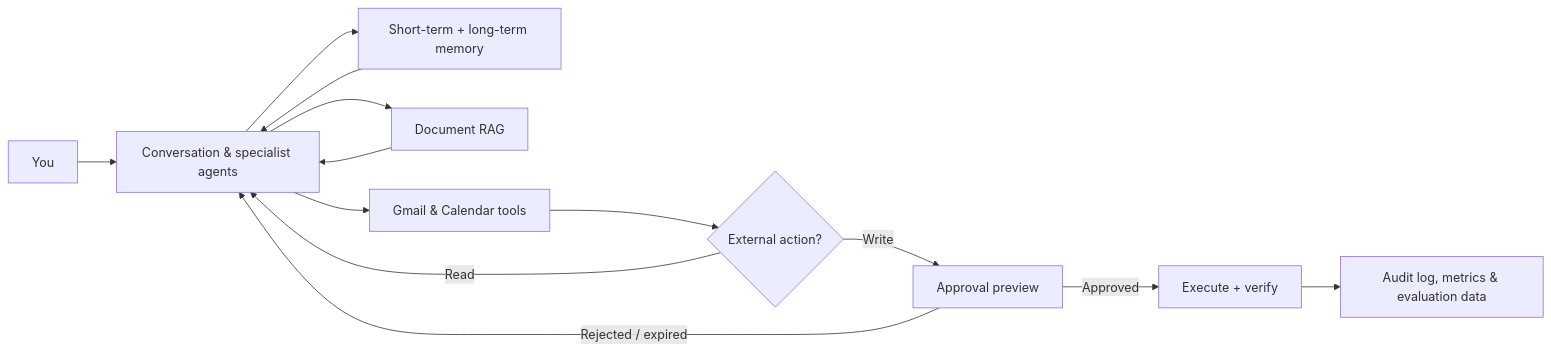
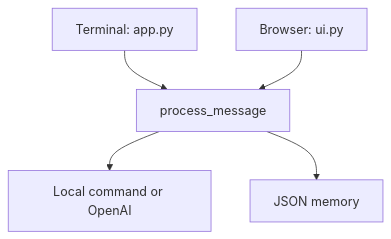
One commit to brainox/trexovia-assistant changed the diagram in README.md. Above: the diagram before and after it, drawn with Mermaid. The commit also changed other lines of this file, not shown here.

````diff
--- a/README.md
+++ b/README.md
@@ -42,15 +39,7 @@
 ```mermaid
-flowchart LR
-    U[You] --> C[Conversation & specialist agents]
-    C --> M[Short-term + long-term memory]
-    C --> R[Document RAG]
-    C --> T[Gmail & Calendar tools]
-    M --> C
-    R --> C
-    T --> P{External action?}
-    P -->|Read| C
-    P -->|Write| A[Approval preview]
-    A -->|Approved| X[Execute + verify]
-    A -->|Rejected / expired| C
-    X --> L[Audit log, metrics & evaluation data]
+flowchart TD
+    A[Terminal: app.py] --> C[process_message]
+    B[Browser: ui.py] --> C
+    C --> D[Local command or OpenAI]
+    C --> E[JSON memory]
 ```
````
